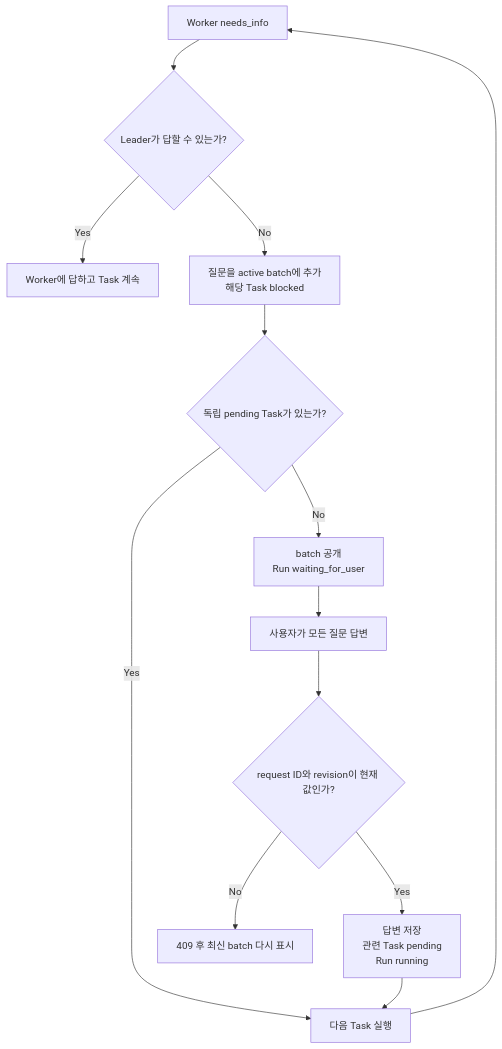
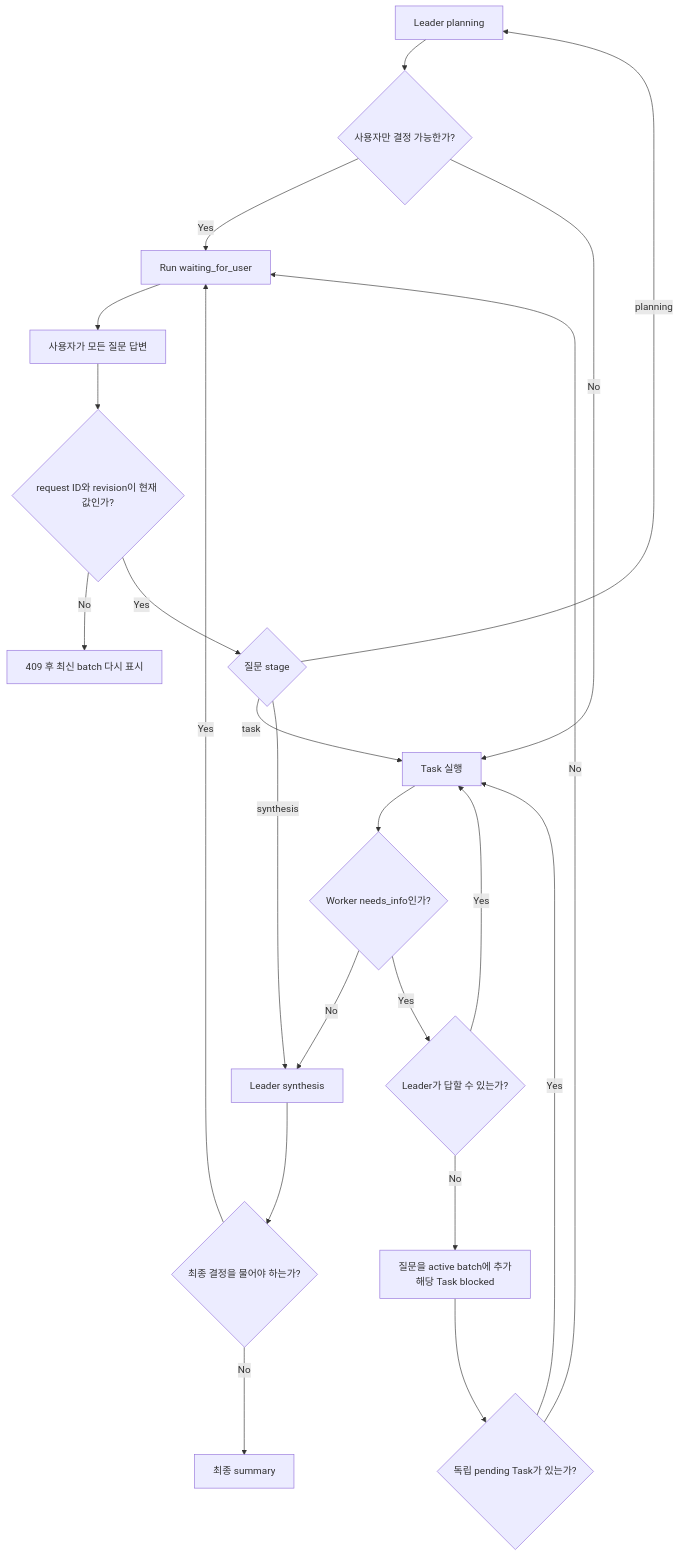
Before and after one commit to LeeLeeLeeee/personal-agent-gateway: the diagram in docs/flows/2026-07-16-team-run-user-decision-request.md, drawn with Mermaid. The commit also changed other lines of this file and 52 other files, not shown here.

````diff
--- a/docs/flows/2026-07-16-team-run-user-decision-request.md
+++ b/docs/flows/2026-07-16-team-run-user-decision-request.md
@@ -49,15 +51,24 @@
 ```mermaid
 flowchart TD
-    Q[Worker needs_info] --> L{Leader가 답할 수 있는가?}
-    L -- Yes --> A[Worker에 답하고 Task 계속]
+    S[Leader planning] --> G{사용자만 결정 가능한가?}
+    G -- Yes --> W[Run waiting_for_user]
+    G -- No --> E[Task 실행]
+    E --> Q{Worker needs_info인가?}
+    Q -- No --> Y[Leader synthesis]
+    Q -- Yes --> L{Leader가 답할 수 있는가?}
+    L -- Yes --> E
     L -- No --> B[질문을 active batch에 추가<br/>해당 Task blocked]
     B --> P{독립 pending Task가 있는가?}
-    P -- Yes --> N[다음 Task 실행]
-    N --> Q
-    P -- No --> W[batch 공개<br/>Run waiting_for_user]
+    P -- Yes --> E
+    P -- No --> W
+    Y --> Z{최종 결정을 물어야 하는가?}
+    Z -- Yes --> W
+    Z -- No --> D[최종 summary]
     W --> U[사용자가 모든 질문 답변]
     U --> V{request ID와 revision이 현재 값인가?}
     V -- No --> C[409 후 최신 batch 다시 표시]
-    V -- Yes --> R[답변 저장<br/>관련 Task pending<br/>Run running]
-    R --> N
+    V -- Yes --> R{질문 stage}
+    R -- planning --> S
+    R -- task --> E
+    R -- synthesis --> Y
 ```
````
